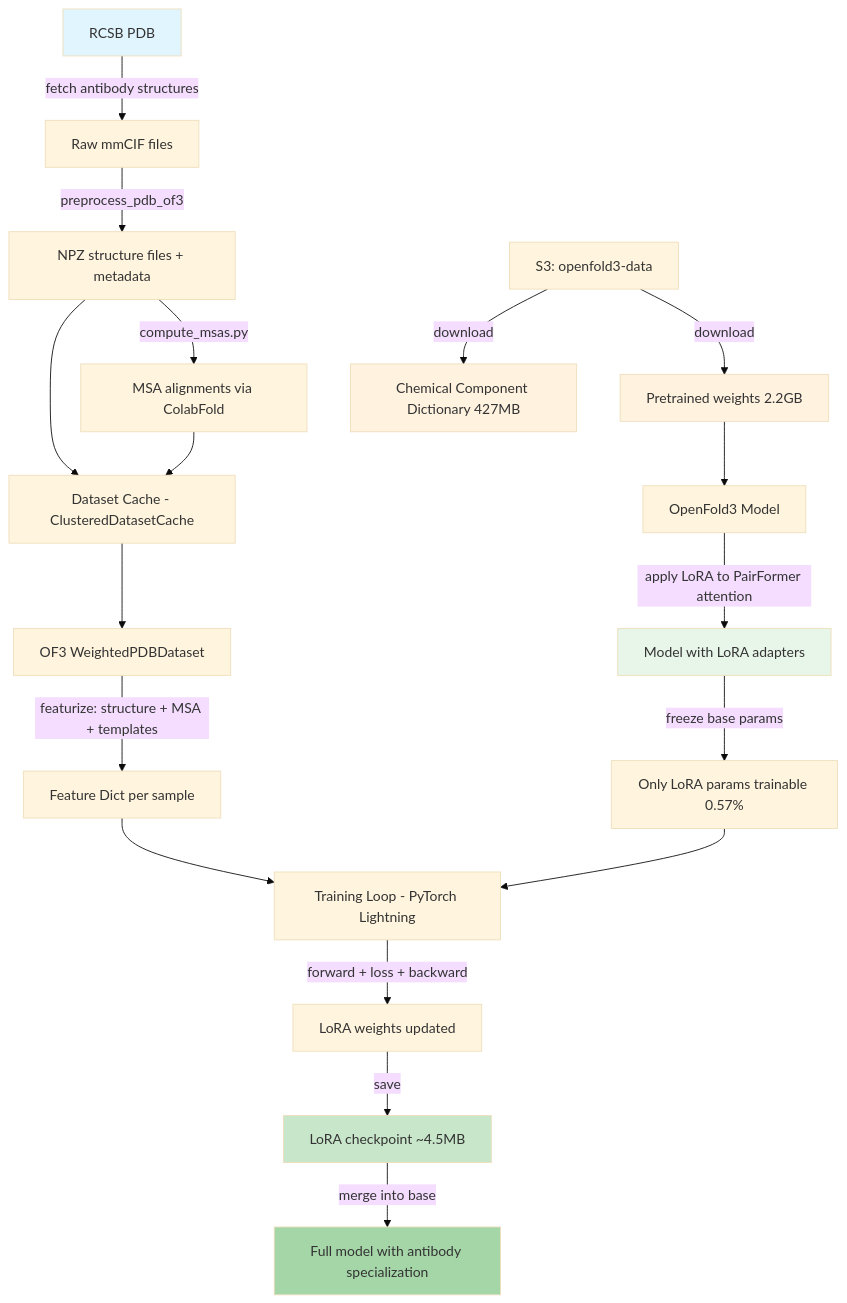
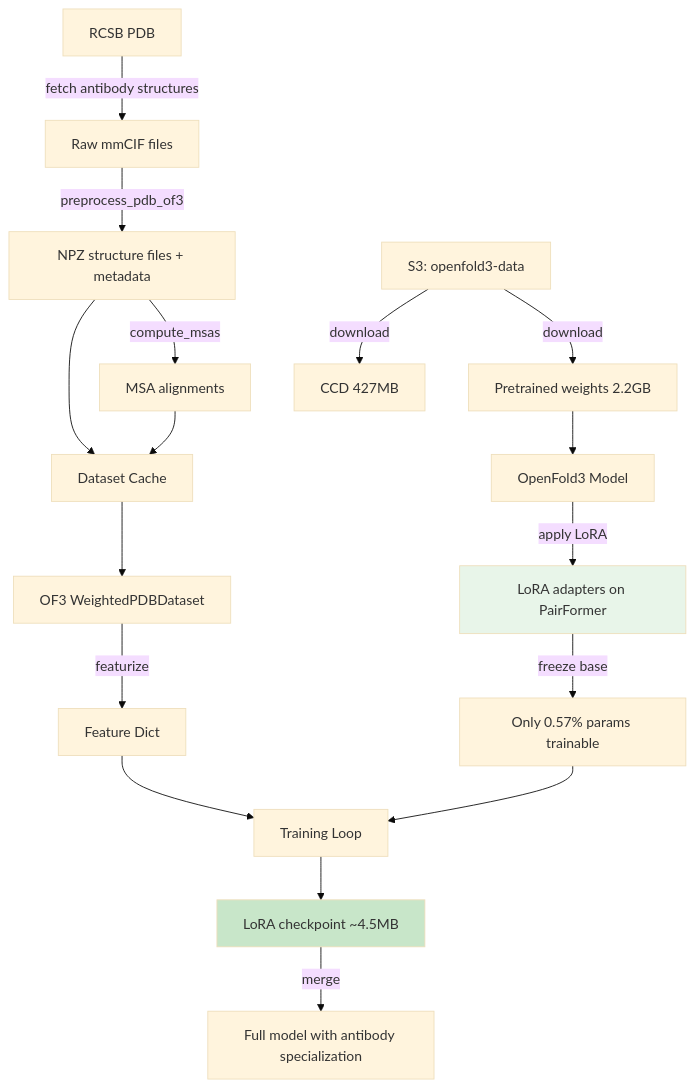
The first of 2 diagrams in README.md (rubencr14/foldfit), drawn with Mermaid (base theme) before and after one commit. The commit also changed other lines of this file, not shown here.

First line of the commit message:
Rewrite README with config.yaml workflow and 3 MSA methods

````diff
--- a/README.md
+++ b/README.md
@@ -7,33 +7,27 @@
 ```mermaid
 graph TD
     A[RCSB PDB] -->|fetch antibody structures| B[Raw mmCIF files]
     B -->|preprocess_pdb_of3| C[NPZ structure files + metadata]
-    C -->|compute_msas.py| D[MSA alignments via ColabFold]
-    
+    C -->|compute_msas| D[MSA alignments]
+
     E[S3: openfold3-data] -->|download| F[Pretrained weights 2.2GB]
-    E -->|download| G[Chemical Component Dictionary 427MB]
-    
-    C --> H[Dataset Cache - ClusteredDatasetCache]
+    E -->|download| G[CCD 427MB]
+
+    C --> H[Dataset Cache]
     D --> H
-    
+
     H --> I[OF3 WeightedPDBDataset]
-    I -->|featurize: structure + MSA + templates| J[Feature Dict per sample]
-    
+    I -->|featurize| J[Feature Dict]
+
     F --> K[OpenFold3 Model]
-    K -->|apply LoRA to PairFormer attention| L[Model with LoRA adapters]
-    L -->|freeze base params| M[Only LoRA params trainable 0.57%]
-    
-    J --> N[Training Loop - PyTorch Lightning]
+    K -->|apply LoRA| L[LoRA adapters on PairFormer]
+    L -->|freeze base| M[Only 0.57% params trainable]
+
+    J --> N[Training Loop]
     M --> N
-    N -->|forward + loss + backward| O[LoRA weights updated]
-    O -->|save| P[LoRA checkpoint ~4.5MB]
-    
-    P -->|merge into base| Q[Full model with antibody specialization]
+    N --> O[LoRA checkpoint ~4.5MB]
+    O -->|merge| P[Full model with antibody specialization]
 
-    style A fill:#e1f5fe
-    style F fill:#fff3e0
-    style G fill:#fff3e0
     style L fill:#e8f5e9
-    style P fill:#c8e6c9
-    style Q fill:#a5d6a7
+    style O fill:#c8e6c9
 ```
````
